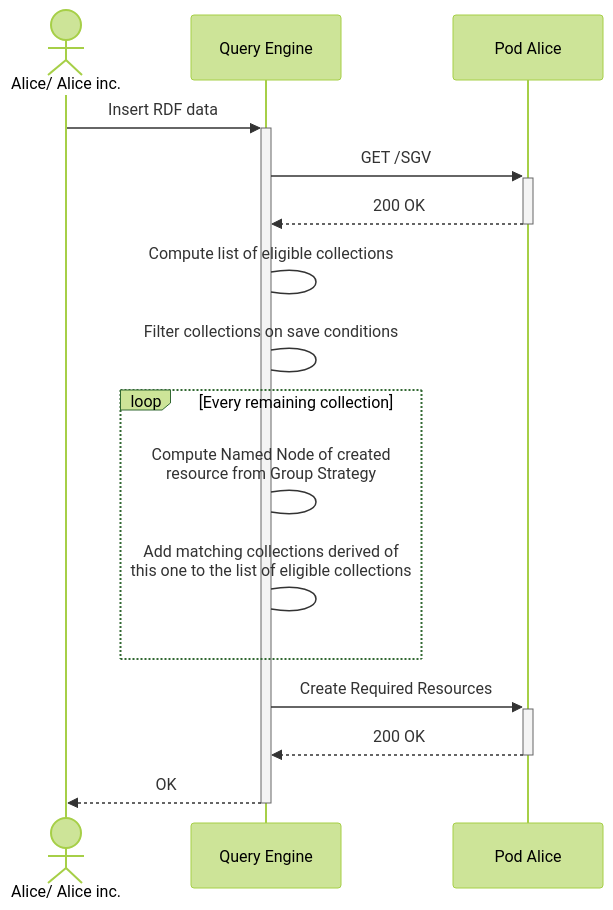
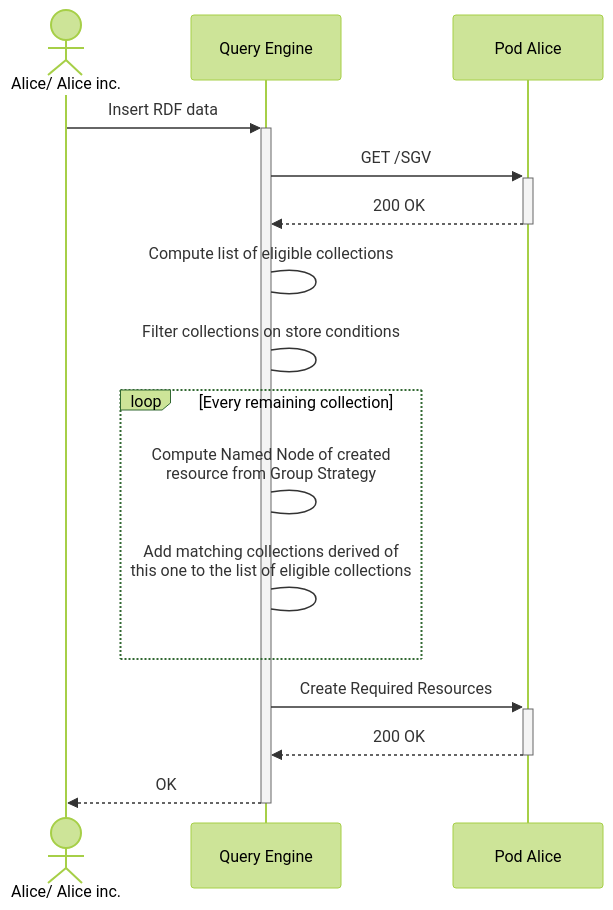
Before and after one commit to jitsedesmet/thesis: the diagram in _papers/thesis-report/static/flow-rdf-create.mmd, drawn with Mermaid (forest theme). The commit also changed 11 other files, not shown here.

```diff
--- a/_papers/thesis-report/static/flow-rdf-create.mmd
+++ b/_papers/thesis-report/static/flow-rdf-create.mmd
@@ -1,21 +1,21 @@
 sequenceDiagram
     actor A as Alice/ Alice inc.
     participant QE as Query Engine
     participant PA as Pod Alice
 
     A ->>+ QE: Insert RDF data
     QE ->>+ PA: GET /SGV
     PA -->>- QE: 200 OK
 
     QE -> QE: Compute list of eligible collections
-    QE -> QE: Filter collections on save conditions
+    QE -> QE: Filter collections on store conditions
 
     loop Every remaining collection
         QE -> QE: Compute Named Node of created <br/> resource from Group Strategy
         QE -> QE: Add matching collections derived of <br/> this one to the list of eligible collections
     end
 
     QE ->>+ PA: Create Required Resources
     PA -->>- QE: 200 OK
 
     QE -->>- A: OK
```
